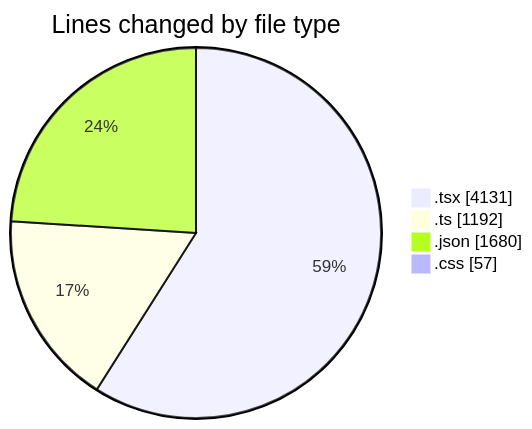
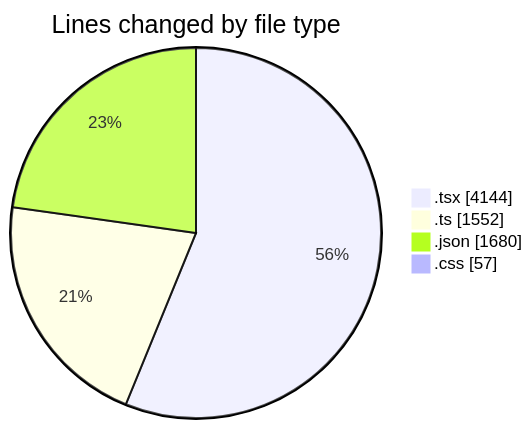
One commit to julien-gomy/code-tracking changed the first of 2 diagrams in 2025-10-09/eventscop-frontend-guide__workspace_/README.md. Above: the diagram before and after it, drawn with Mermaid. The commit also changed other lines of this file and 1 other file, not shown here.

````diff
--- a/2025-10-09/eventscop-frontend-guide__workspace_/README.md
+++ b/2025-10-09/eventscop-frontend-guide__workspace_/README.md
@@ -57,8 +58,8 @@
 ```mermaid
 pie showData
 title Lines changed by file type
-".tsx" : 4131
-".ts" : 1192
+".tsx" : 4144
+".ts" : 1552
 ".json" : 1680
 ".css" : 57
 ```
````
